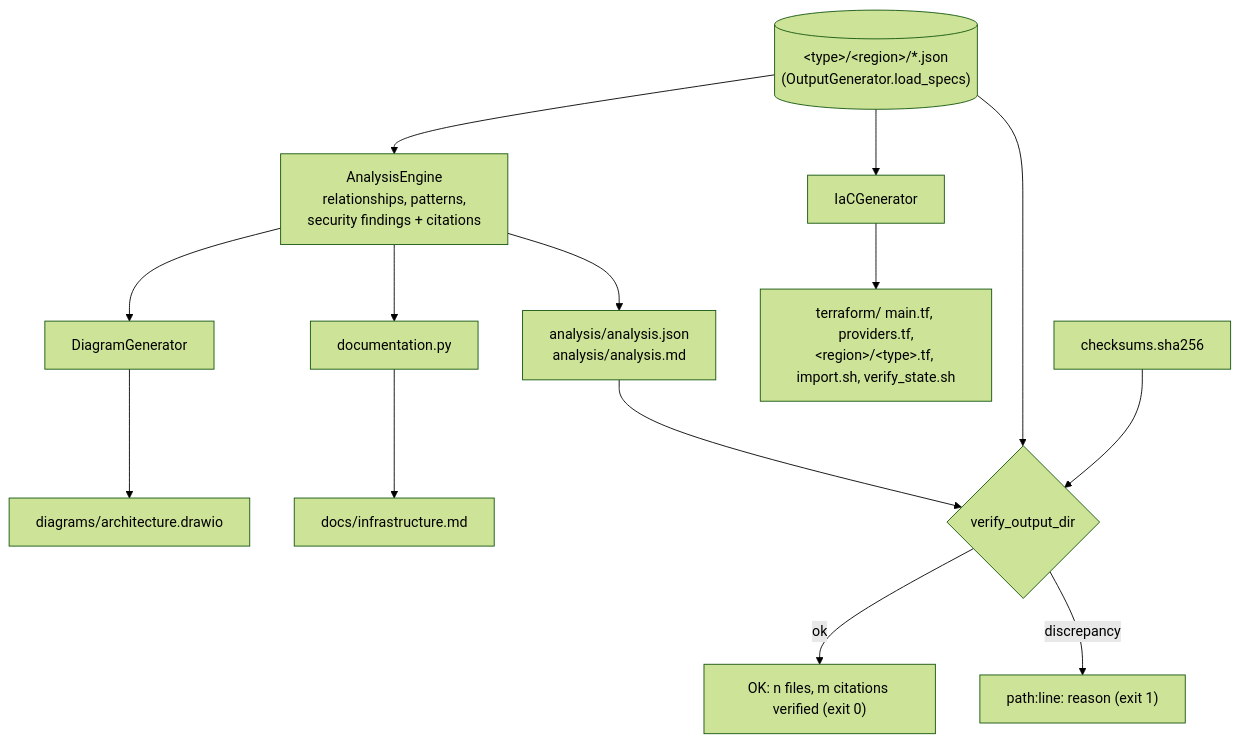
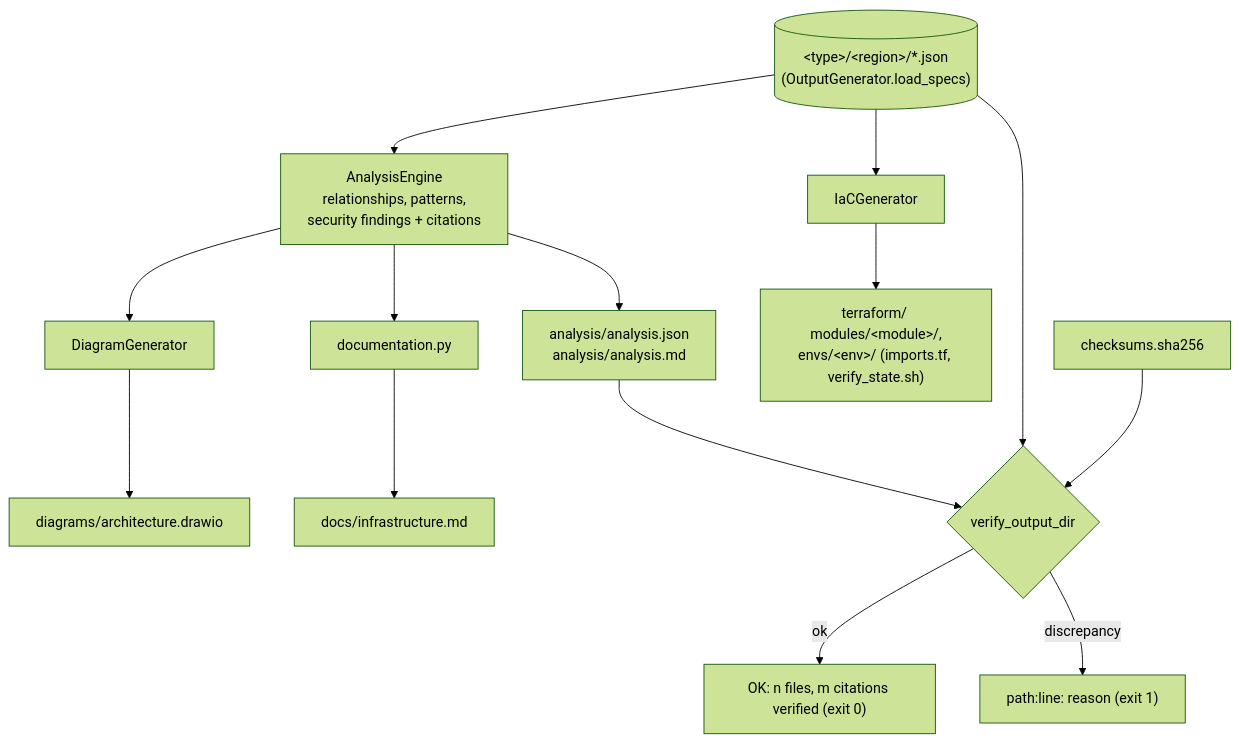
The third of 3 diagrams in docs/ARCHITECTURE.md (buyamm/aws-resource-inventory), drawn with Mermaid (forest theme) before and after one commit. The commit also changed 314 other files, not shown here.

First line of the commit message:
feat(iac): Terraform modules and per-environment root with import blocks (Task 31)

````diff
--- a/docs/ARCHITECTURE.md
+++ b/docs/ARCHITECTURE.md
@@ -93,14 +93,14 @@
 ```mermaid
 flowchart TB
     Specs[("#lt;type#gt;/#lt;region#gt;/*.json<br/>(OutputGenerator.load_specs)")]
     Specs --> AE["AnalysisEngine<br/>relationships, patterns,<br/>security findings + citations"]
     AE --> AJ["analysis/analysis.json<br/>analysis/analysis.md"]
     AE --> DG["DiagramGenerator"] --> DR["diagrams/architecture.drawio"]
     AE --> DOC["documentation.py"] --> DM["docs/infrastructure.md"]
-    Specs --> IAC["IaCGenerator"] --> TF["terraform/ main.tf, providers.tf,<br/>#lt;region#gt;/#lt;type#gt;.tf, import.sh, verify_state.sh"]
+    Specs --> IAC["IaCGenerator"] --> TF["terraform/ modules/#lt;module#gt;/,<br/>envs/#lt;env#gt;/ (imports.tf, verify_state.sh)"]
     AJ --> V{"verify_output_dir"}
     Specs --> V
     CK["checksums.sha256"] --> V
     V -->|ok| OK["OK: n files, m citations verified (exit 0)"]
     V -->|discrepancy| BAD["path:line: reason (exit 1)"]
 ```
````
